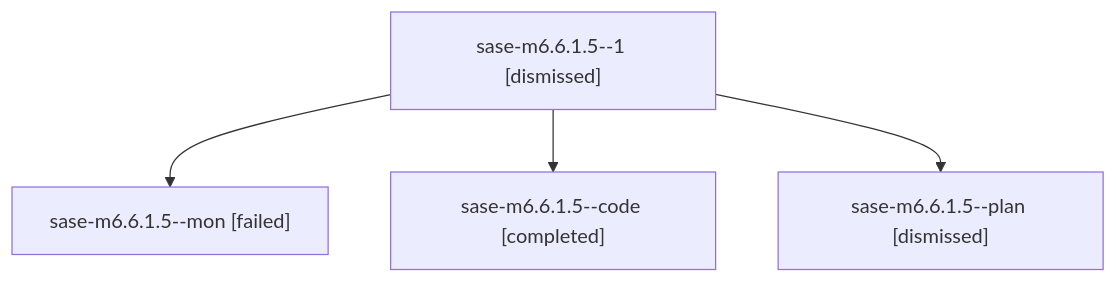
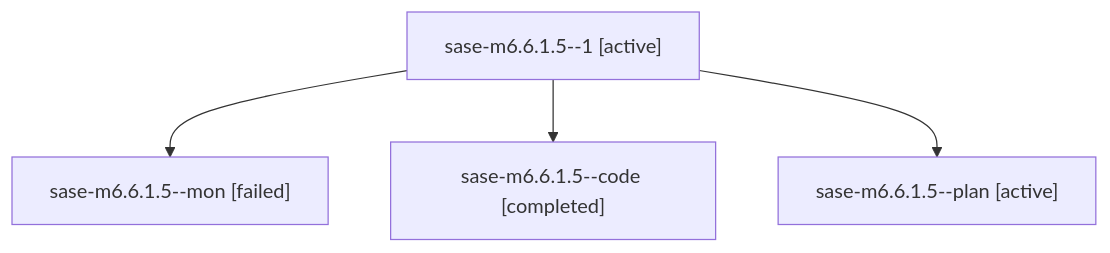
The diagram in families/bbugyi200.athena.sase-m6.6.1.5.md (sase-org/sase--agents), drawn with Mermaid before and after one commit. The commit also changed other lines of this file and 35830 other files, not shown here.

````diff
--- a/families/bbugyi200.athena.sase-m6.6.1.5.md
+++ b/families/bbugyi200.athena.sase-m6.6.1.5.md
@@ -9,10 +9,10 @@
 ```mermaid
 flowchart TD
-  n0["sase-m6.6.1.5--1 [dismissed]"]
+  n0["sase-m6.6.1.5--1 [active]"]
   n1["sase-m6.6.1.5--mon [failed]"]
   n0 --> n1
   n2["sase-m6.6.1.5--code [completed]"]
   n0 --> n2
-  n3["sase-m6.6.1.5--plan [dismissed]"]
+  n3["sase-m6.6.1.5--plan [active]"]
   n0 --> n3
 ```
````
